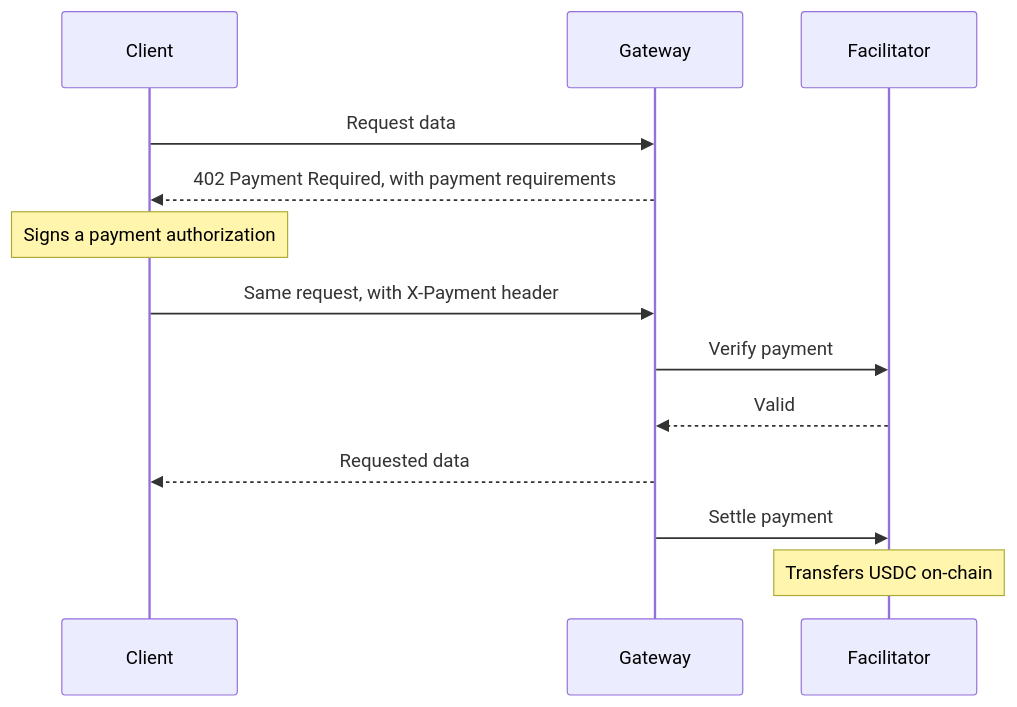
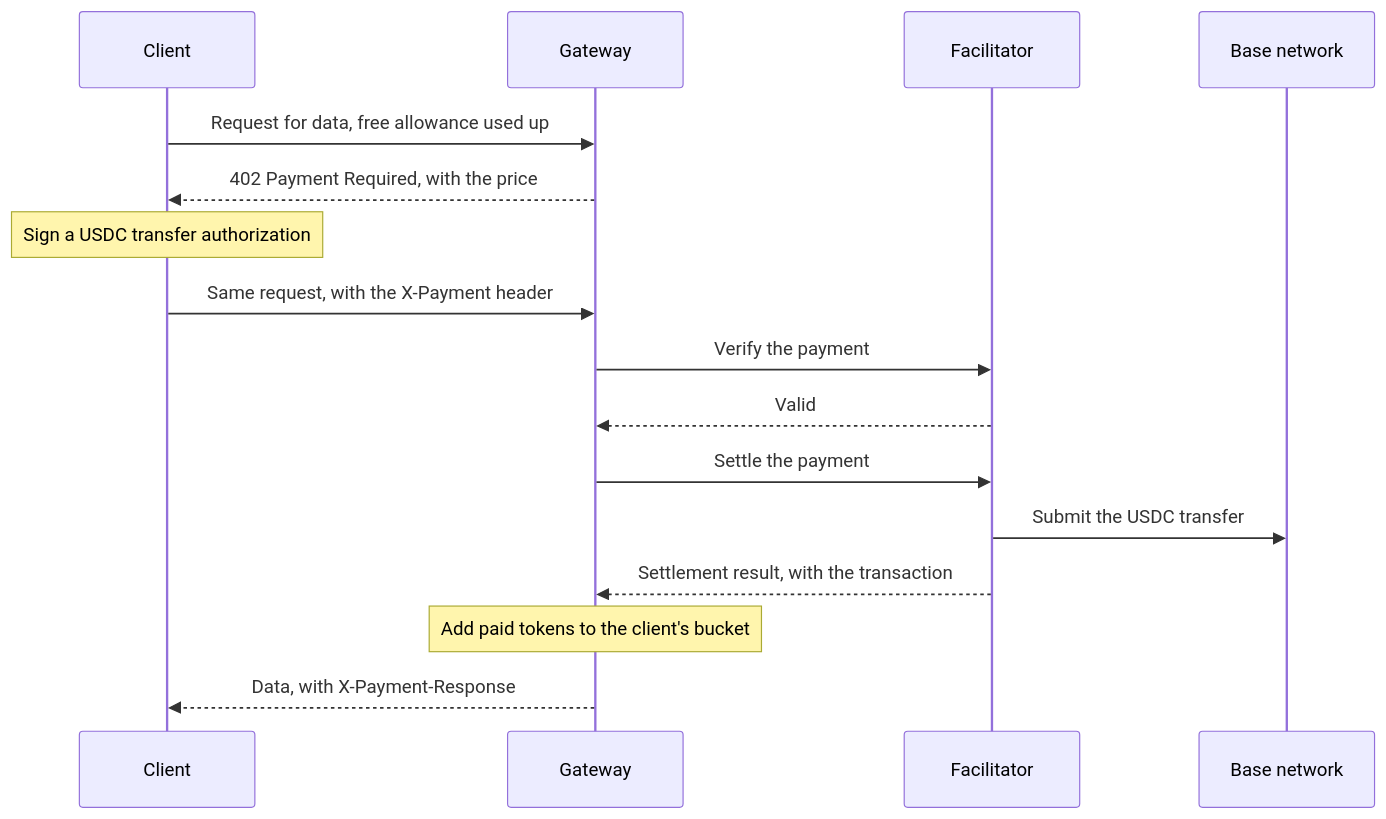
Before and after one commit to ar-io/docs: the diagram in content/learn/gateways/x402-payments.mdx, drawn with Mermaid. The commit also changed other lines of this file and 25 other files, not shown here.

````diff
--- a/content/learn/gateways/x402-payments.mdx
+++ b/content/learn/gateways/x402-payments.mdx
@@ -27,16 +22,21 @@
 ```mermaid
 sequenceDiagram
+    accTitle: The gateway verifies and settles a payment through the facilitator before it serves the data
+    accDescr: When a client has used its free allowance, the gateway answers 402 with payment requirements. The client signs a USDC transfer authorization and repeats the request with it in the X-Payment header. The gateway asks the facilitator to verify and then settle the payment, the facilitator submits the USDC transfer on Base, and only then does the gateway add paid tokens to the client's bucket and serve the data with the settlement receipt.
     participant Client
     participant Gateway
     participant Facilitator
+    participant Base as Base network
 
-    Client->>Gateway: Request data
-    Gateway-->>Client: 402 Payment Required, with payment requirements
-    Note over Client: Signs a payment authorization
-    Client->>Gateway: Same request, with X-Payment header
-    Gateway->>Facilitator: Verify payment
+    Client->>Gateway: Request for data, free allowance used up
+    Gateway-->>Client: 402 Payment Required, with the price
+    Note over Client: Sign a USDC transfer authorization
+    Client->>Gateway: Same request, with the X-Payment header
+    Gateway->>Facilitator: Verify the payment
     Facilitator-->>Gateway: Valid
-    Gateway-->>Client: Requested data
-    Gateway->>Facilitator: Settle payment
-    Note over Facilitator: Transfers USDC on-chain
+    Gateway->>Facilitator: Settle the payment
+    Facilitator->>Base: Submit the USDC transfer
+    Facilitator-->>Gateway: Settlement result, with the transaction
+    Note over Gateway: Add paid tokens to the client's bucket
+    Gateway-->>Client: Data, with X-Payment-Response
 ```
````
